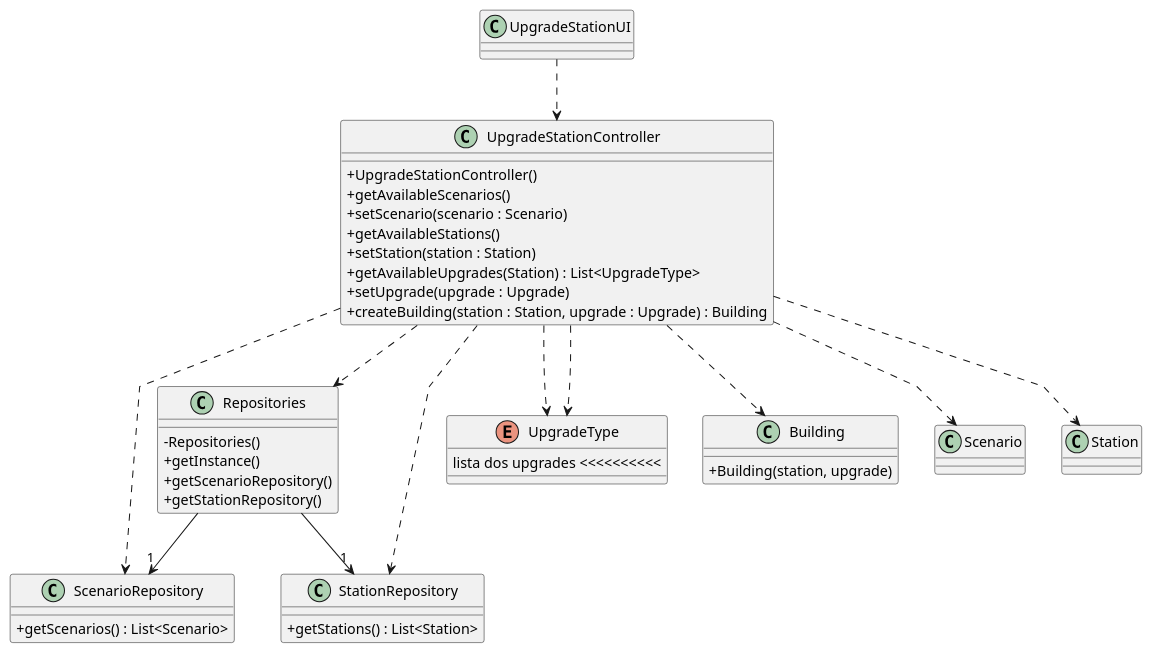
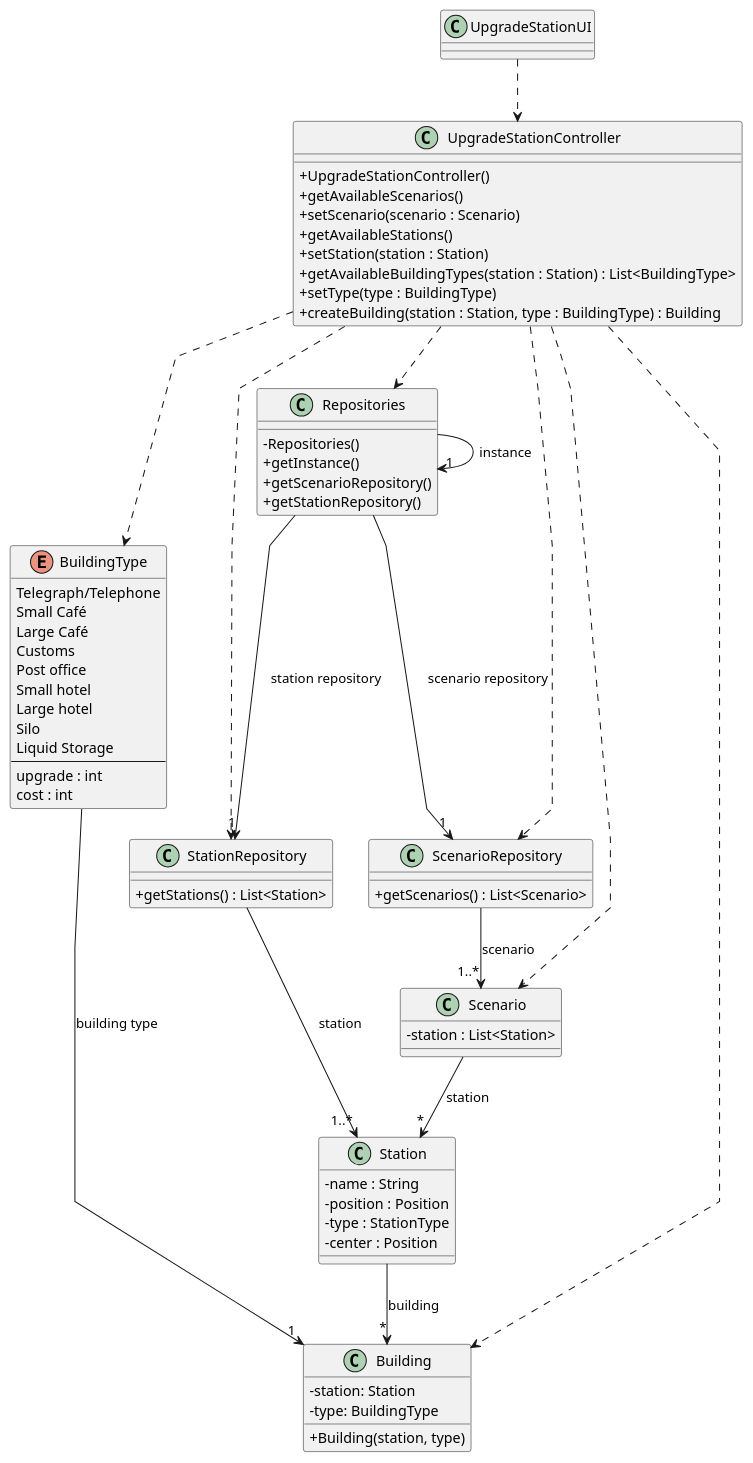
The diagram in Sprint2/US006/03.design/puml/US006-CD.puml (1240935/pi2-railway-simulator), drawn with PlantUML before and after one commit. The commit also changed 4 other files, not shown here.

```diff
--- a/Sprint2/US006/03.design/puml/US006-CD.puml
+++ b/Sprint2/US006/03.design/puml/US006-CD.puml
@@ -1,64 +1,92 @@
 @startuml
 'skinparam monochrome true
 skinparam packageStyle rectangle
 skinparam shadowing false
 skinparam linetype polyline
 'skinparam linetype orto
 
 skinparam classAttributeIconSize 0
 
 'left to right direction
 
 class UpgradeStationUI {
-
 }
 
 class UpgradeStationController {
     + UpgradeStationController()
     + getAvailableScenarios()
     + setScenario(scenario : Scenario)
     + getAvailableStations()
     + setStation(station : Station)
-    + getAvailableUpgrades(Station) : List<UpgradeType>
-    + setUpgrade(upgrade : Upgrade)
-    + createBuilding(station : Station, upgrade : Upgrade) : Building
+    + getAvailableBuildingTypes(station : Station) : List<BuildingType>
+    + setType(type : BuildingType)
+    + createBuilding(station : Station, type : BuildingType) : Building
 }
 
 class ScenarioRepository {
     + getScenarios() : List<Scenario>
 }
 
 class StationRepository {
     + getStations() : List<Station>
 }
 
 class Repositories {
     - Repositories()
     + getInstance()
     + getScenarioRepository()
     + getStationRepository()
 }
 
-enum UpgradeType {
-    lista dos upgrades <<<<<<<<<<
+enum BuildingType {
+    Telegraph/Telephone
+    Small Café
+    Large Café
+    Customs
+    Post office
+    Small hotel
+    Large hotel
+    Silo
+    Liquid Storage
+    --
+    upgrade : int
+    cost : int
 }
 
 class Building {
-    + Building(station, upgrade)
+    -station: Station
+    -type: BuildingType
+    + Building(station, type)
+}
+
+class Station{
+    -name : String
+    -position : Position
+    -type : StationType
+    -center : Position
+}
+
+class Scenario{
+   -station : List<Station>
 }
 
 
 ' Relationships
 UpgradeStationUI ..> UpgradeStationController
 UpgradeStationController ..> Repositories
-Repositories --> "1" ScenarioRepository
-Repositories --> "1" StationRepository
 UpgradeStationController ..> ScenarioRepository
 UpgradeStationController ..> StationRepository
-UpgradeStationController ..> UpgradeType
+UpgradeStationController ..> BuildingType
 UpgradeStationController ..> Building
 UpgradeStationController ..> Scenario
-UpgradeStationController ..> Station
-UpgradeStationController ..> UpgradeType
+ScenarioRepository --> "1..*" Scenario  : scenario
+StationRepository --> "1..*" Station  : station
+Scenario --> "*" Station : station
+Station --> "*" Building : building
+Repositories --> "1" ScenarioRepository : scenario repository
+Repositories -> "1" Repositories : instance
+Repositories --> "1" StationRepository : station repository
+BuildingType --> "1" Building : building type
+
 
 @enduml
```
